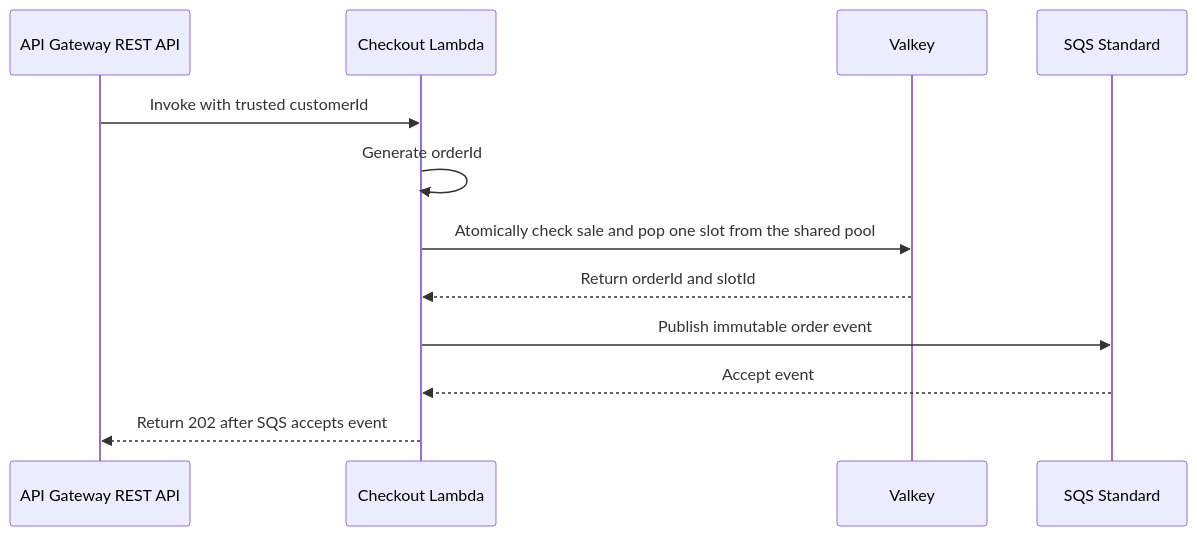
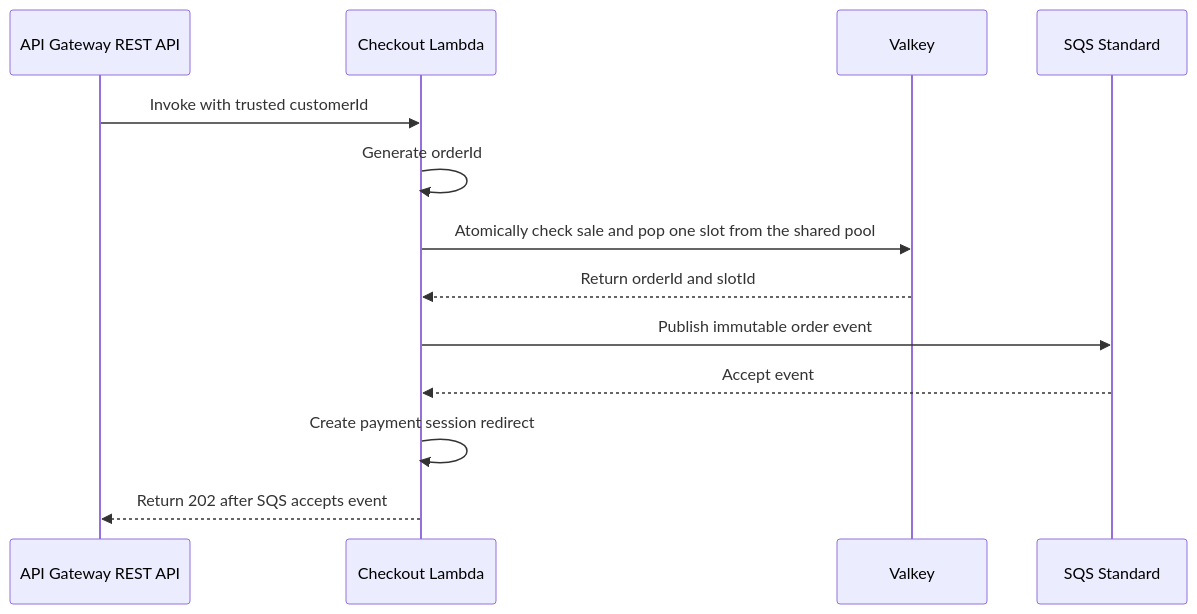
The first of 2 diagrams in docs/checkout.md (rantingmong/bookipi-test), drawn with Mermaid before and after one commit. The commit also changed other lines of this file and 49 other files, not shown here.

Commit message:
feat(payment/session): add mock payment session

````diff
--- a/docs/checkout.md
+++ b/docs/checkout.md
@@ -11,14 +11,15 @@
 ```mermaid
 sequenceDiagram
     participant A as API Gateway REST API
     participant L as Checkout Lambda
     participant V as Valkey
     participant Q as SQS Standard
     A->>L: Invoke with trusted customerId
     L->>L: Generate orderId
     L->>V: Atomically check sale and pop one slot from the shared pool
     V-->>L: Return orderId and slotId
     L->>Q: Publish immutable order event
     Q-->>L: Accept event
+    L->>L: Create payment session redirect
     L-->>A: Return 202 after SQS accepts event
 ```
````
